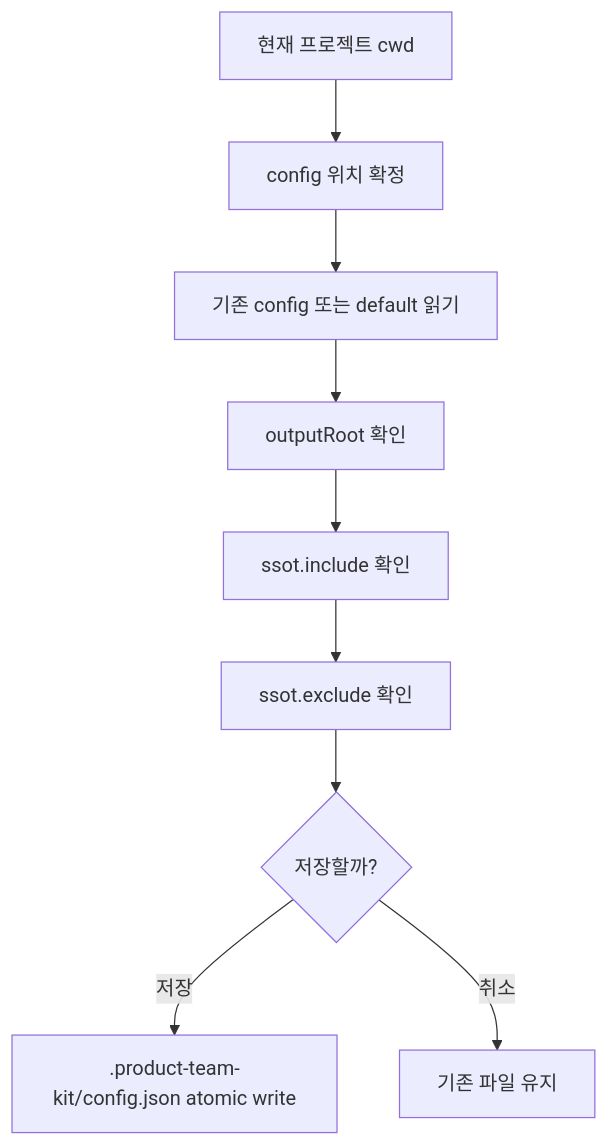
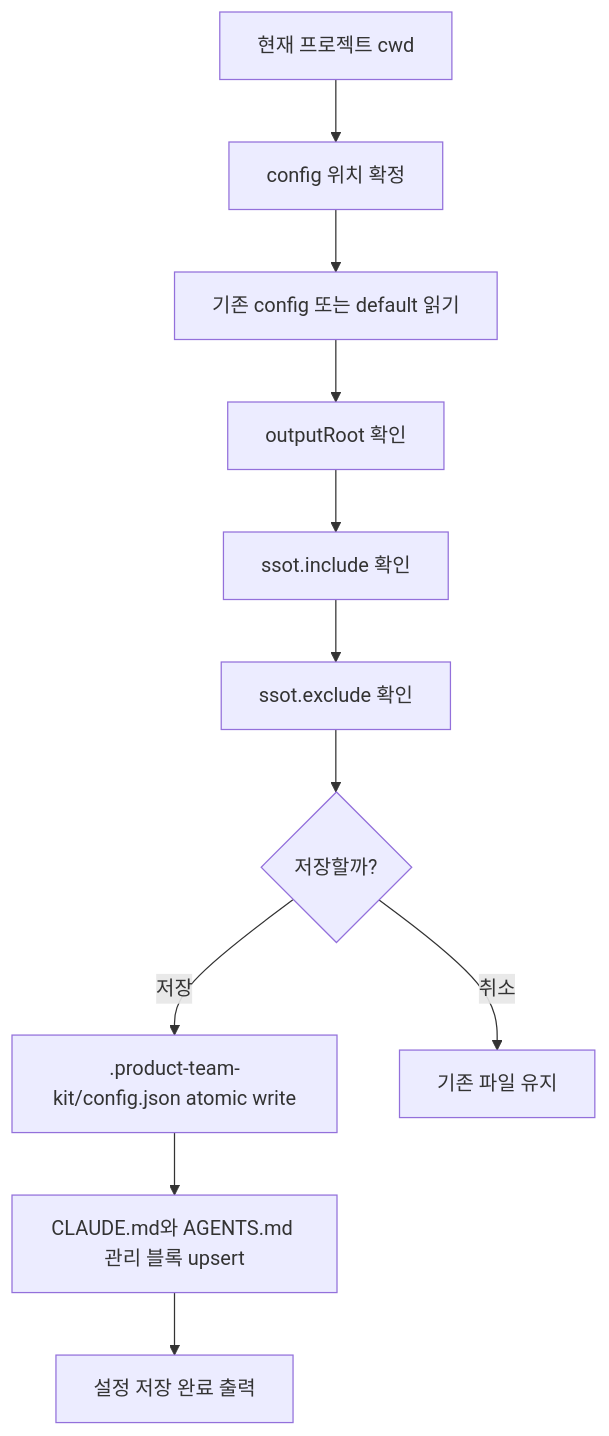
Before and after one commit to inkwonjung-colosseum/plugins: the second of 5 diagrams in product-team-kit/docs/skills-workflow.md, drawn with Mermaid. The commit also changed other lines of this file and 19 other files, not shown here.

````diff
--- a/product-team-kit/docs/skills-workflow.md
+++ b/product-team-kit/docs/skills-workflow.md
@@ -70,11 +96,13 @@
 ```mermaid
 flowchart TD
     A[현재 프로젝트 cwd] --> B[config 위치 확정]
     B --> C[기존 config 또는 default 읽기]
     C --> D[outputRoot 확인]
     D --> E[ssot.include 확인]
     E --> F[ssot.exclude 확인]
     F --> G{저장할까?}
     G -- 저장 --> H[.product-team-kit/config.json atomic write]
+    H --> J[CLAUDE.md와 AGENTS.md 관리 블록 upsert]
+    J --> K[설정 저장 완료 출력]
     G -- 취소 --> I[기존 파일 유지]
 ```
````
